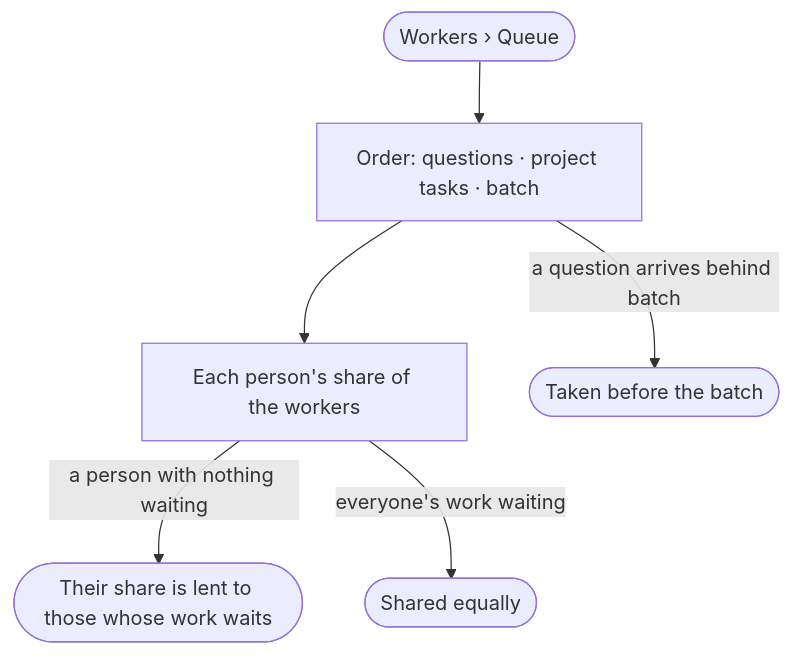
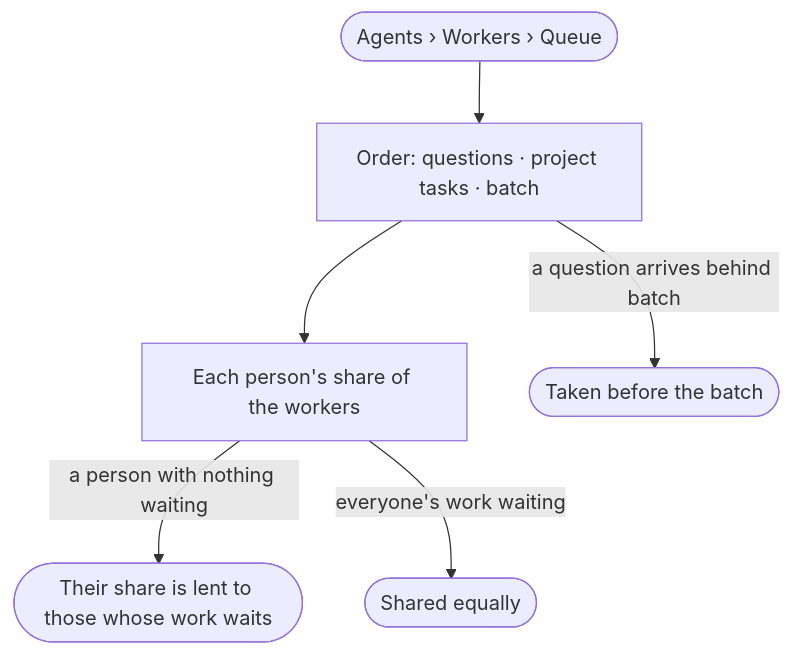
Before and after one commit to invana/invana: the diagram in specs/os/control/features/CP-F03-workers-and-the-queue/stories/CP-06-questions-go-before-batch-work/story.md, drawn with Mermaid. The commit also changed other lines of this file and 106 other files, not shown here.

First line of the commit message:
docs(specs): access policies replace roles; Agents mode; project access

````diff
--- a/specs/os/control/features/CP-F03-workers-and-the-queue/stories/CP-06-questions-go-before-batch-work/story.md
+++ b/specs/os/control/features/CP-F03-workers-and-the-queue/stories/CP-06-questions-go-before-batch-work/story.md
@@ -26,8 +26,8 @@
 ```mermaid
 flowchart TD
-  s([Workers › Queue]) --> o["Order: questions · project tasks · batch"]
+  s([Agents › Workers › Queue]) --> o["Order: questions · project tasks · batch"]
   o --> g["Each person's share of the workers"]
   g -->|a person with nothing waiting| lend(["Their share is lent to those whose work waits"])
   g -->|everyone's work waiting| eq(["Shared equally"])
   o -->|a question arrives behind batch| first(["Taken before the batch"])
 ```
````
